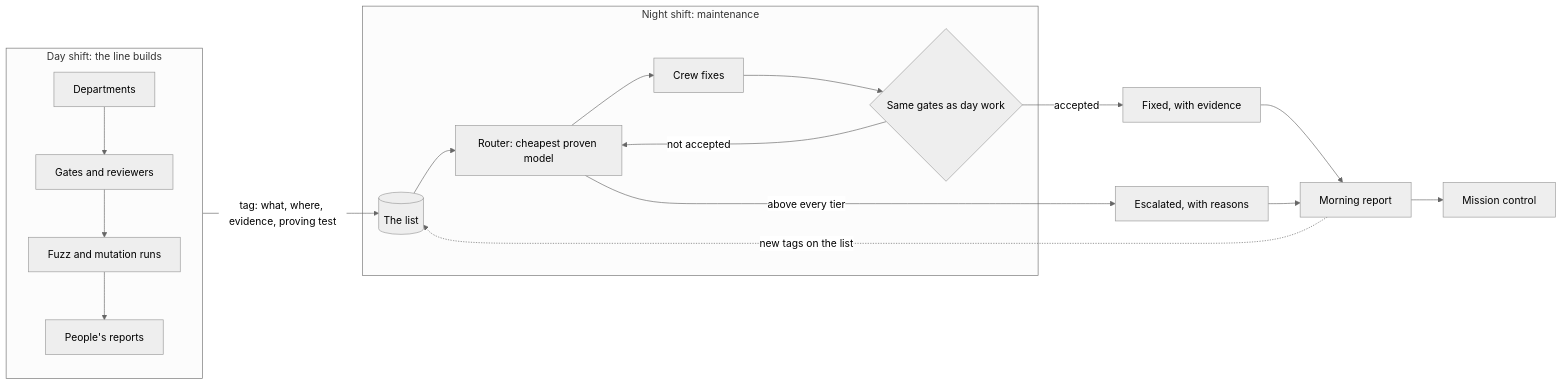
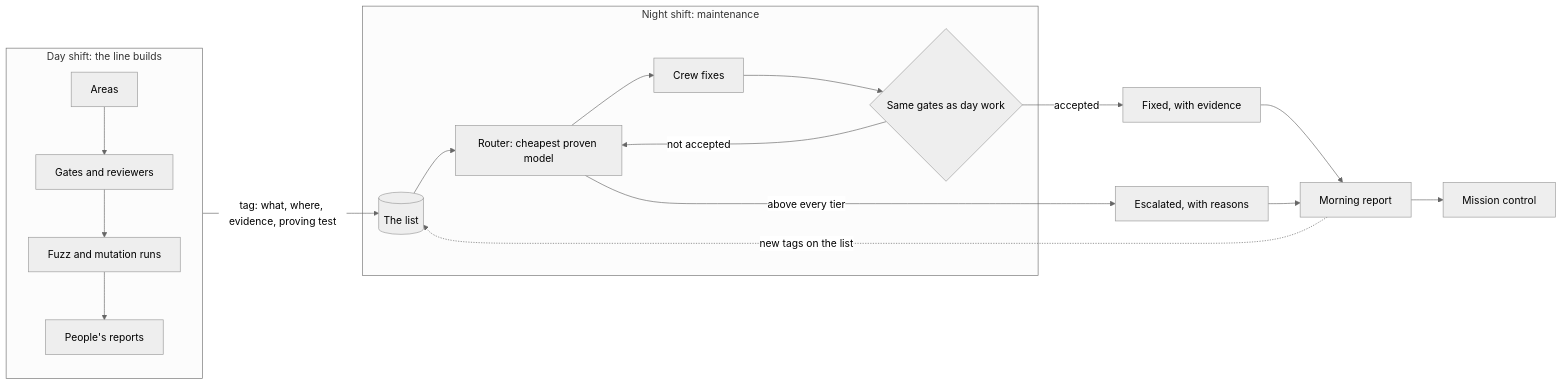
One commit to russlittle/ZTHR changed the first of 7 diagrams in intent/papers/maintenance.md. Above: the diagram before and after it, drawn with Mermaid (neutral theme). The commit also changed other lines of this file and 13 other files, not shown here.

````diff
--- a/intent/papers/maintenance.md
+++ b/intent/papers/maintenance.md
@@ -22,20 +22,20 @@
 ```mermaid
 flowchart LR
   subgraph Day["Day shift: the line builds"]
-    D1[Departments] --> D2[Gates and reviewers]
+    D1[Areas] --> D2[Gates and reviewers]
     D2 --> D3[Fuzz and mutation runs]
     D3 --> D4[People's reports]
   end
   Day -->|"tag: what, where, evidence, proving test"| L[(The list)]
   subgraph Night["Night shift: maintenance"]
     L --> R[Router: cheapest proven model]
     R --> C[Crew fixes]
     C --> G{Same gates as day work}
     G -- not accepted --> R
   end
   G -- accepted --> F[Fixed, with evidence]
   R -- above every tier --> E[Escalated, with reasons]
   F & E --> M[Morning report]
   M --> MC[Mission control]
   M -.->|new tags on the list| L
 ```
````
